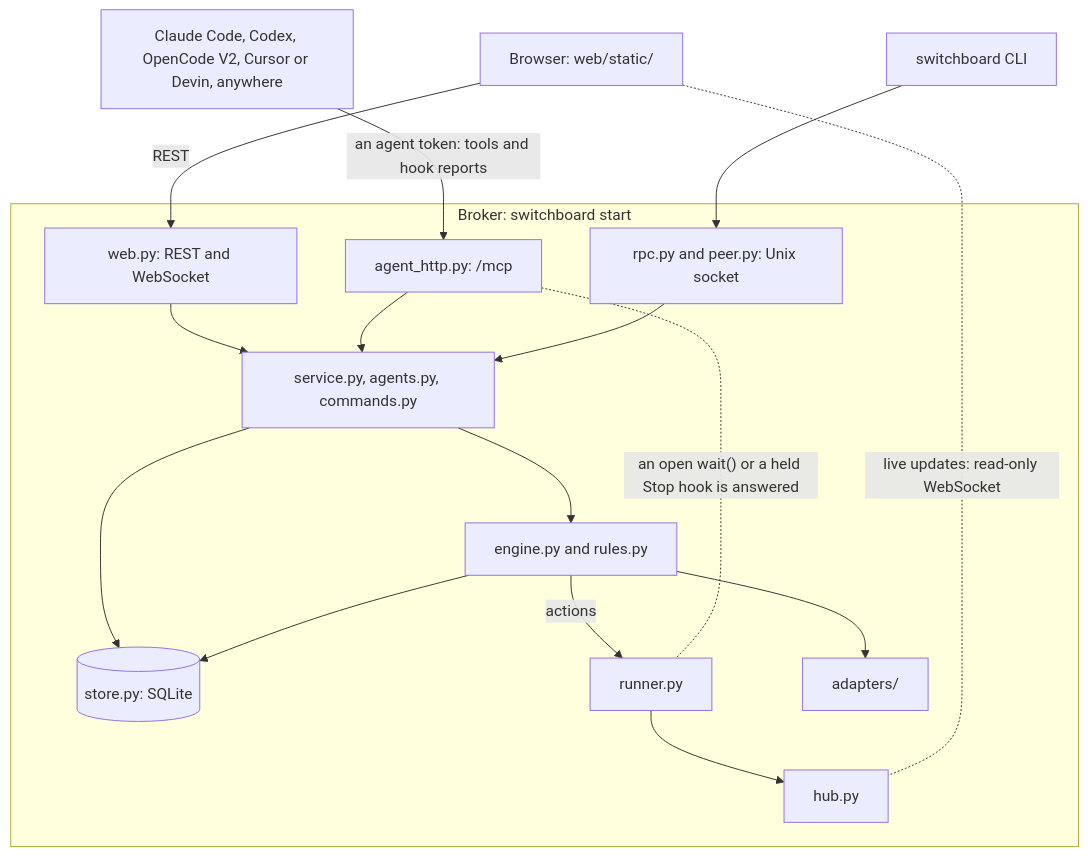
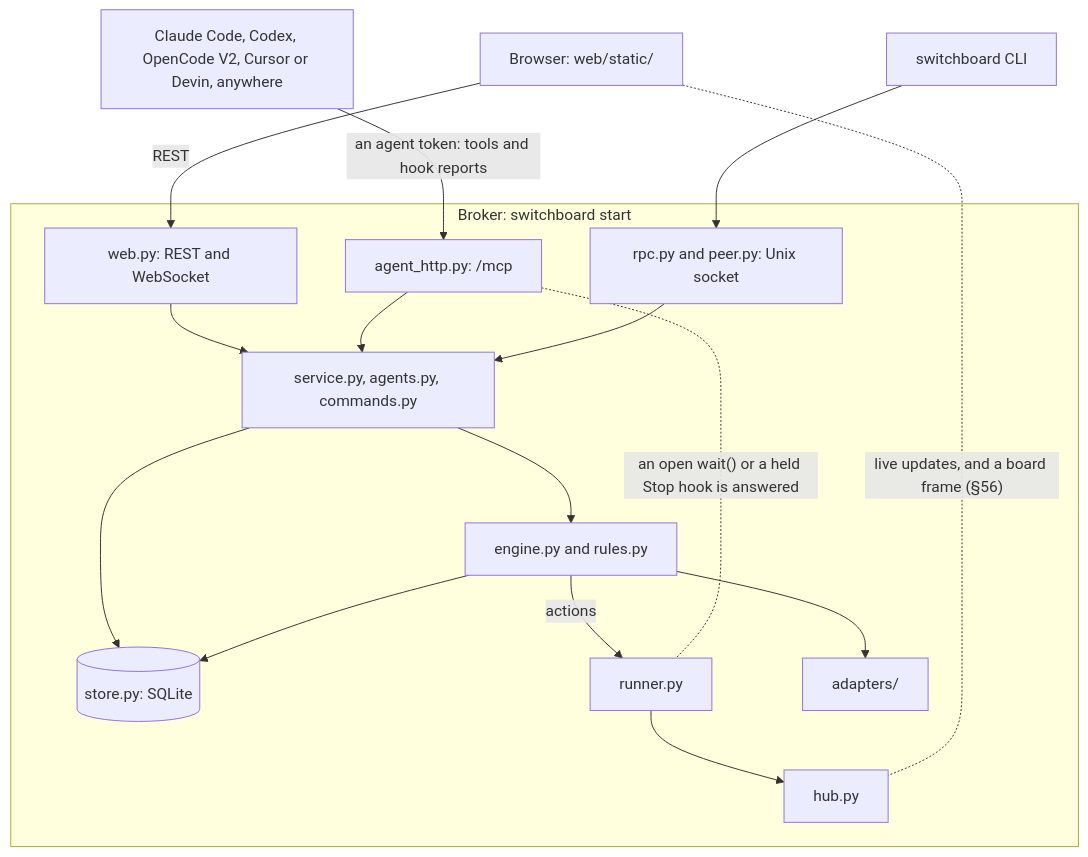
The diagram in docs/ARCHITECTURE.md (amahpour/switchboard), drawn with Mermaid before and after one commit. The commit also changed other lines of this file and 76 other files, not shown here.

````diff
--- a/docs/ARCHITECTURE.md
+++ b/docs/ARCHITECTURE.md
@@ -9,32 +9,32 @@
 ```mermaid
 flowchart TB
   harness["Claude Code, Codex, OpenCode V2, Cursor or Devin, anywhere"]
   browser["Browser: web/static/"]
   cli["switchboard CLI"]
   subgraph broker["Broker: switchboard start"]
     web["web.py: REST and WebSocket"]
     http["agent_http.py: /mcp"]
     rpc["rpc.py and peer.py: Unix socket"]
     svc["service.py, agents.py, commands.py"]
     engine["engine.py and rules.py"]
     store[("store.py: SQLite")]
     runner["runner.py"]
     hub["hub.py"]
     adapters["adapters/"]
   end
 
   harness -- "an agent token: tools and hook reports" --> http
   browser -- "REST" --> web
   cli --> rpc
   web --> svc
   http --> svc
   rpc --> svc
   svc --> store
   svc --> engine
   engine --> store
   engine --> adapters
   engine -- "actions" --> runner
   runner --> hub
-  browser -. "live updates: read-only WebSocket" .- hub
+  browser -. "live updates, and a board frame (§56)" .- hub
   http -. "an open wait() or a held Stop hook is answered" .- runner
 ```
````
